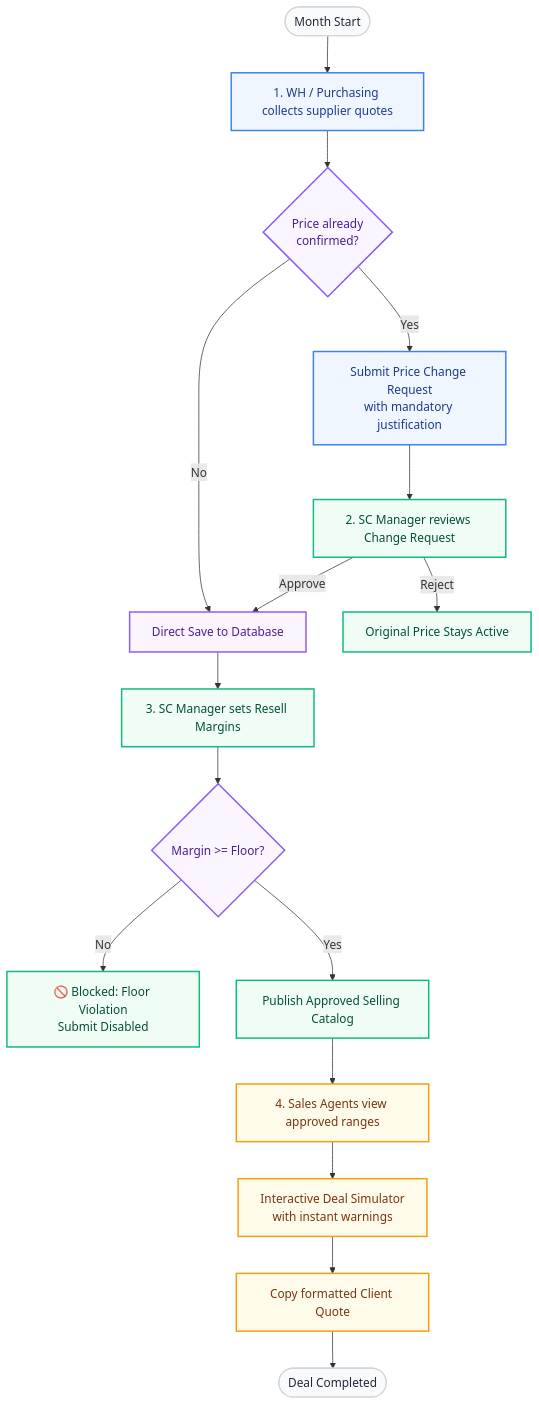
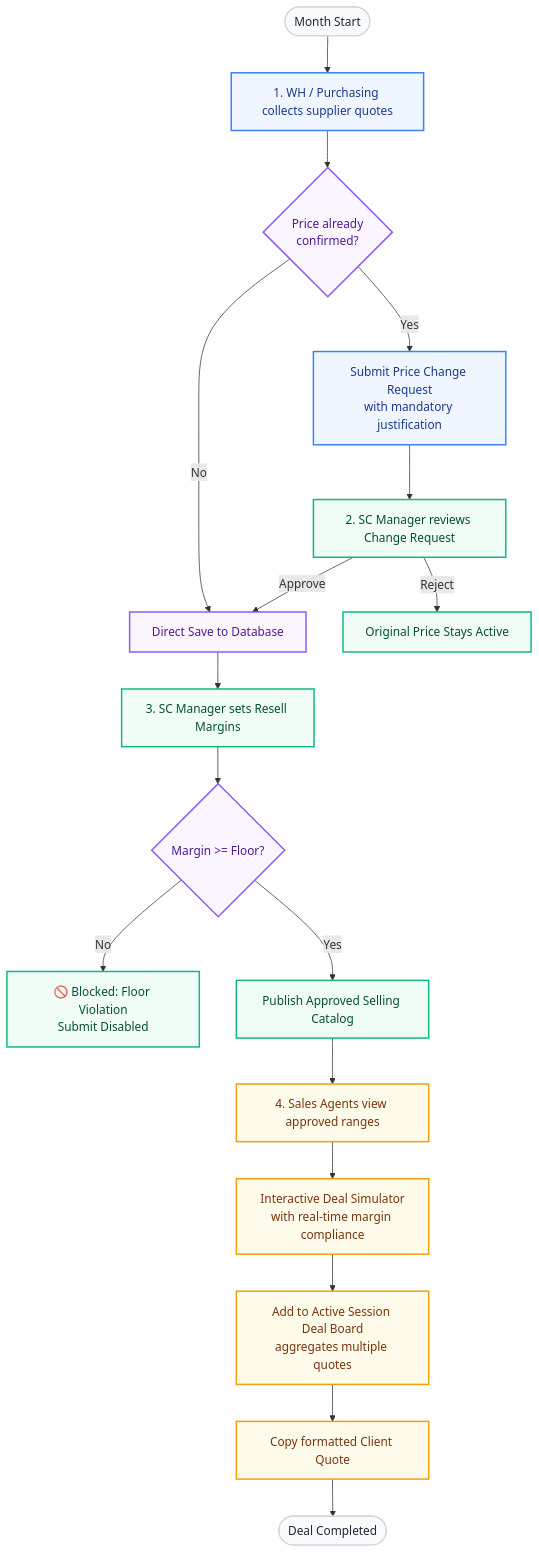
The diagram in CLIENT_OVERVIEW.md (alielsheikh-max/faerp), drawn with Mermaid before and after one commit. The commit also changed other lines of this file and 2 other files, not shown here.

````diff
--- a/CLIENT_OVERVIEW.md
+++ b/CLIENT_OVERVIEW.md
@@ -11,30 +11,31 @@
 ```mermaid
 flowchart TD
     %% Styling
     classDef default fill:#f9fafb,stroke:#d1d5db,stroke-width:1.5px,color:#1f2937;
     classDef wh fill:#eff6ff,stroke:#3b82f6,stroke-width:2px,color:#1e3a8a;
     classDef sc fill:#f0fdf4,stroke:#10b981,stroke-width:2px,color:#064e3b;
     classDef sa fill:#fffbeb,stroke:#f59e0b,stroke-width:2px,color:#78350f;
     classDef sys fill:#faf5ff,stroke:#8b5cf6,stroke-width:2px,color:#4c1d95;
 
     Start([Month Start]) --> WH["1. WH / Purchasing collects supplier quotes"]:::wh
     WH --> CheckConfirmed{"Price already<br/>confirmed?"}:::sys
     
     CheckConfirmed -- Yes --> Request["Submit Price Change Request<br/>with mandatory justification"]:::wh
     CheckConfirmed -- No --> SaveDirect["Direct Save to Database"]:::sys
     
     Request --> SCReview["2. SC Manager reviews Change Request"]:::sc
     SCReview -- Approve --> SaveDirect
     SCReview -- Reject --> RejectNotify["Original Price Stays Active"]:::sc
     
     SaveDirect --> SCMargin["3. SC Manager sets Resell Margins"]:::sc
     SCMargin --> FloorCheck{"Margin >= Floor?"}:::sys
     
     FloorCheck -- No --> Block["🚫 Blocked: Floor Violation<br/>Submit Disabled"]:::sc
     FloorCheck -- Yes --> Publish["Publish Approved Selling Catalog"]:::sc
     
     Publish --> SA["4. Sales Agents view approved ranges"]:::sa
-    SA --> DealSim["Interactive Deal Simulator<br/>with instant warnings"]:::sa
-    DealSim --> CopyQuote["Copy formatted Client Quote"]:::sa
+    SA --> DealSim["Interactive Deal Simulator<br/>with real-time margin compliance"]:::sa
+    DealSim --> DealBoard["Add to Active Session Deal Board<br/>aggregates multiple quotes"]:::sa
+    DealBoard --> CopyQuote["Copy formatted Client Quote"]:::sa
     CopyQuote --> End([Deal Completed])
 ```
````
